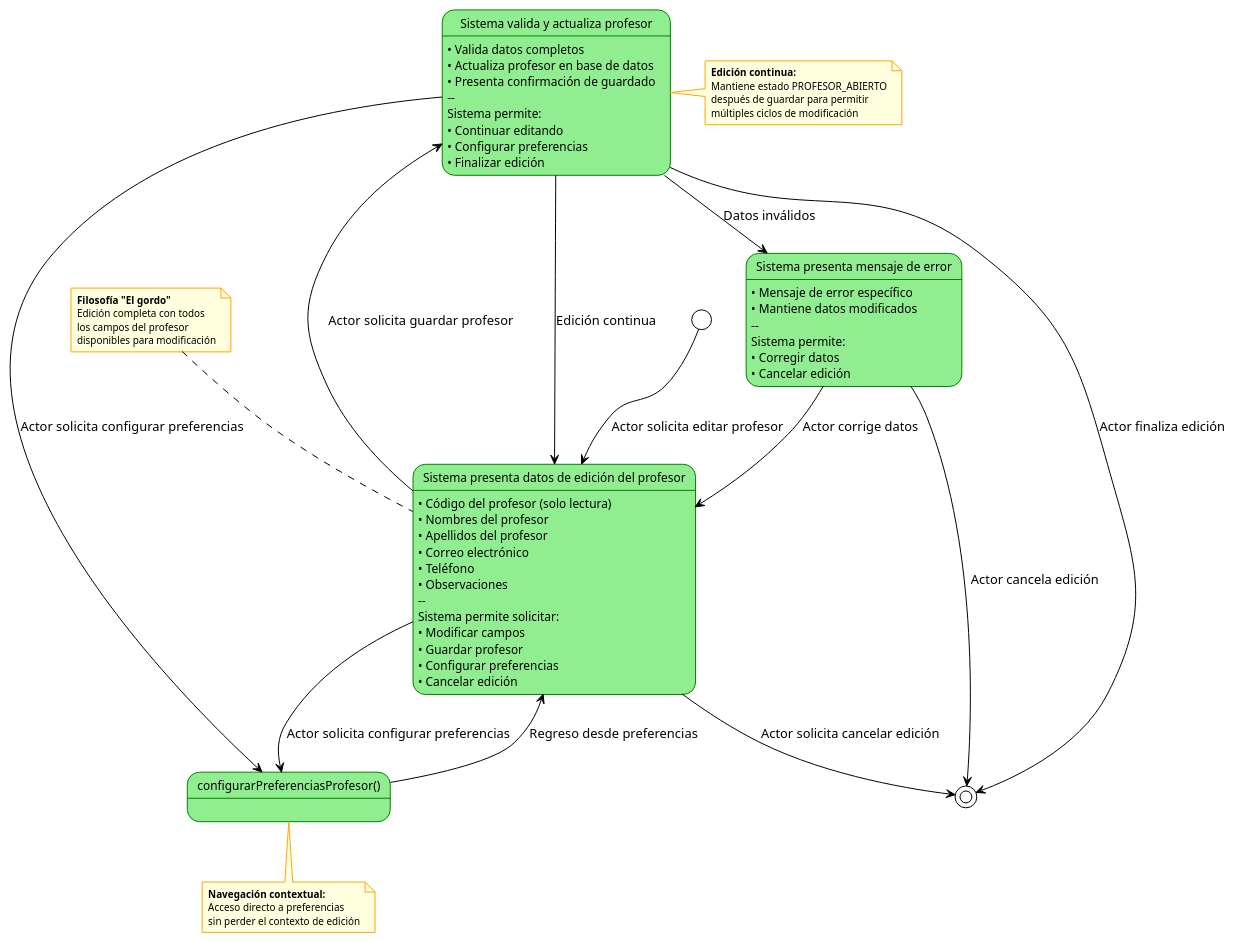
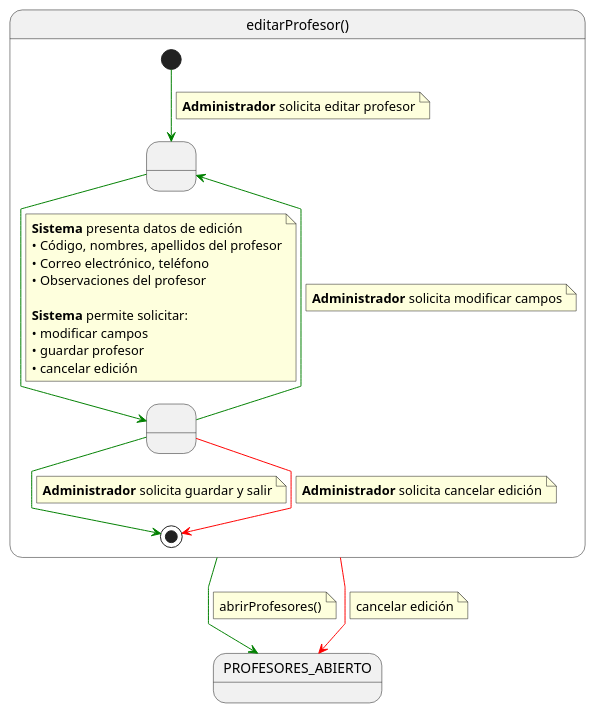
The diagram in RUP/00-casos-uso/02-detalle/editarProfesor/especificacion.puml (Hexcss/scheduler), drawn with PlantUML before and after one commit. The commit also changed 11 other files, not shown here.

Commit message:
fix(editarProfesor): actualizar análisis y documentación del caso de uso

```diff
--- a/RUP/00-casos-uso/02-detalle/editarProfesor/especificacion.puml
+++ b/RUP/00-casos-uso/02-detalle/editarProfesor/especificacion.puml
@@ -1,84 +1,55 @@
-@startuml editarProfesor-especificacion
-!theme plain
-skinparam state {
-  BackgroundColor LightGreen
-  BorderColor Green
-  FontName Arial
-  FontSize 12
-}
-skinparam note {
-  BackgroundColor LightYellow
-  BorderColor Orange
-  FontSize 10
+@startuml editarProfesor
+
+skinparam linetype polyline
+
+state editarProfesor as "editarProfesor()" {
+
+    state " " as EditandoDatos
+    state " " as GuardandoDatos 
+
+    [*] -[#green]-> EditandoDatos 
+    note on link
+    <b>Administrador</b> solicita editar profesor
+    end note    
+    
+    EditandoDatos -[#green]-> GuardandoDatos
+    note on link
+    <b>Sistema</b> presenta datos de edición
+    • Código, nombres, apellidos del profesor
+    • Correo electrónico, teléfono
+    • Observaciones del profesor
+    
+    <b>Sistema</b> permite solicitar:
+    • modificar campos
+    • guardar profesor
+    • cancelar edición
+    end note
+    
+    GuardandoDatos -[#green]-> EditandoDatos
+    note on link
+    <b>Administrador</b> solicita modificar campos
+    end note
+    
+    GuardandoDatos -[#green]-> [*]
+    note on link
+    <b>Administrador</b> solicita guardar y salir
+    end note
+
+    GuardandoDatos -[#red]-> [*]
+    note on link
+    <b>Administrador</b> solicita cancelar edición
+    end note
+
 }
 
-state "Sistema presenta datos de edición del profesor" as PresentarDatos {
-  PresentarDatos: • Código del profesor (solo lectura)
-  PresentarDatos: • Nombres del profesor
-  PresentarDatos: • Apellidos del profesor
-  PresentarDatos: • Correo electrónico
-  PresentarDatos: • Teléfono
-  PresentarDatos: • Observaciones
-  PresentarDatos: --
-  PresentarDatos: Sistema permite solicitar:
-  PresentarDatos: • Modificar campos
-  PresentarDatos: • Guardar profesor
-  PresentarDatos: • Configurar preferencias
-  PresentarDatos: • Cancelar edición
-}
-
-state "Sistema valida y actualiza profesor" as ValidarActualizar {
-  ValidarActualizar: • Valida datos completos
-  ValidarActualizar: • Actualiza profesor en base de datos
-  ValidarActualizar: • Presenta confirmación de guardado
-  ValidarActualizar: --
-  ValidarActualizar: Sistema permite:
-  ValidarActualizar: • Continuar editando
-  ValidarActualizar: • Configurar preferencias
-  ValidarActualizar: • Finalizar edición
-}
-
-state "Sistema presenta mensaje de error" as MostrarError {
-  MostrarError: • Mensaje de error específico
-  MostrarError: • Mantiene datos modificados
-  MostrarError: --
-  MostrarError: Sistema permite:
-  MostrarError: • Corregir datos
-  MostrarError: • Cancelar edición
-}
-
-state "configurarPreferenciasProfesor()" as ConfigurarPreferencias
-
-[*] --> PresentarDatos : Actor solicita editar profesor
-PresentarDatos --> ValidarActualizar : Actor solicita guardar profesor
-PresentarDatos --> ConfigurarPreferencias : Actor solicita configurar preferencias
-PresentarDatos --> [*] : Actor solicita cancelar edición
-ValidarActualizar --> PresentarDatos : Edición continua
-ValidarActualizar --> ConfigurarPreferencias : Actor solicita configurar preferencias
-ValidarActualizar --> [*] : Actor finaliza edición
-ValidarActualizar --> MostrarError : Datos inválidos
-MostrarError --> PresentarDatos : Actor corrige datos
-MostrarError --> [*] : Actor cancela edición
-ConfigurarPreferencias --> PresentarDatos : Regreso desde preferencias
-
-note top of PresentarDatos
-  <b>Filosofía "El gordo"</b>
-  Edición completa con todos
-  los campos del profesor
-  disponibles para modificación
+editarProfesor -[#green]-> PROFESORES_ABIERTO
+note on link
+abrirProfesores()
 end note
 
-note right of ValidarActualizar
-  <b>Edición continua:</b>
-  Mantiene estado PROFESOR_ABIERTO
-  después de guardar para permitir
-  múltiples ciclos de modificación
-end note
-
-note bottom of ConfigurarPreferencias
-  <b>Navegación contextual:</b>
-  Acceso directo a preferencias
-  sin perder el contexto de edición
+editarProfesor -[#red]-> PROFESORES_ABIERTO
+note on link
+cancelar edición
 end note
 
 @enduml
```
